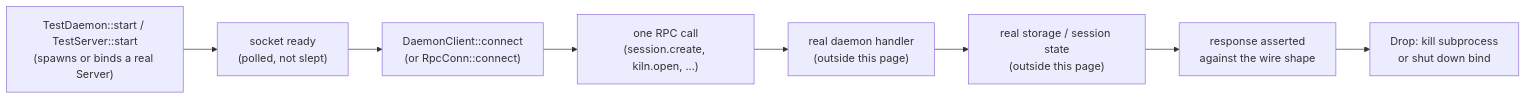
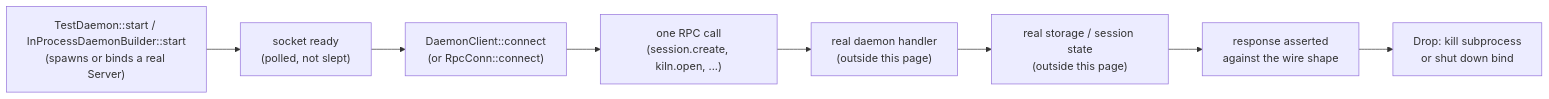
One commit to Mootikins/crucible changed the first of 2 diagrams in docs/Meta/Architecture/Test Architecture.md. Above: the diagram before and after it, drawn with Mermaid. The commit also changed other lines of this file and 23 other files, not shown here.

First line of the commit message:
refactor(daemon,cli): share one in-process test daemon harness

````diff
--- a/docs/Meta/Architecture/Test Architecture.md
+++ b/docs/Meta/Architecture/Test Architecture.md
@@ -562,10 +571,10 @@
 ```mermaid
 flowchart LR
-    A["TestDaemon::start / TestServer::start<br/>(spawns or binds a real Server)"] --> B["socket ready<br/>(polled, not slept)"]
+    A["TestDaemon::start / InProcessDaemonBuilder::start<br/>(spawns or binds a real Server)"] --> B["socket ready<br/>(polled, not slept)"]
     B --> C["DaemonClient::connect<br/>(or RpcConn::connect)"]
     C --> D["one RPC call<br/>(session.create, kiln.open, ...)"]
     D --> E["real daemon handler<br/>(outside this page)"]
     E --> F["real storage / session state<br/>(outside this page)"]
     F --> G["response asserted<br/>against the wire shape"]
     G --> H["Drop: kill subprocess<br/>or shut down bind"]
 ```
````
